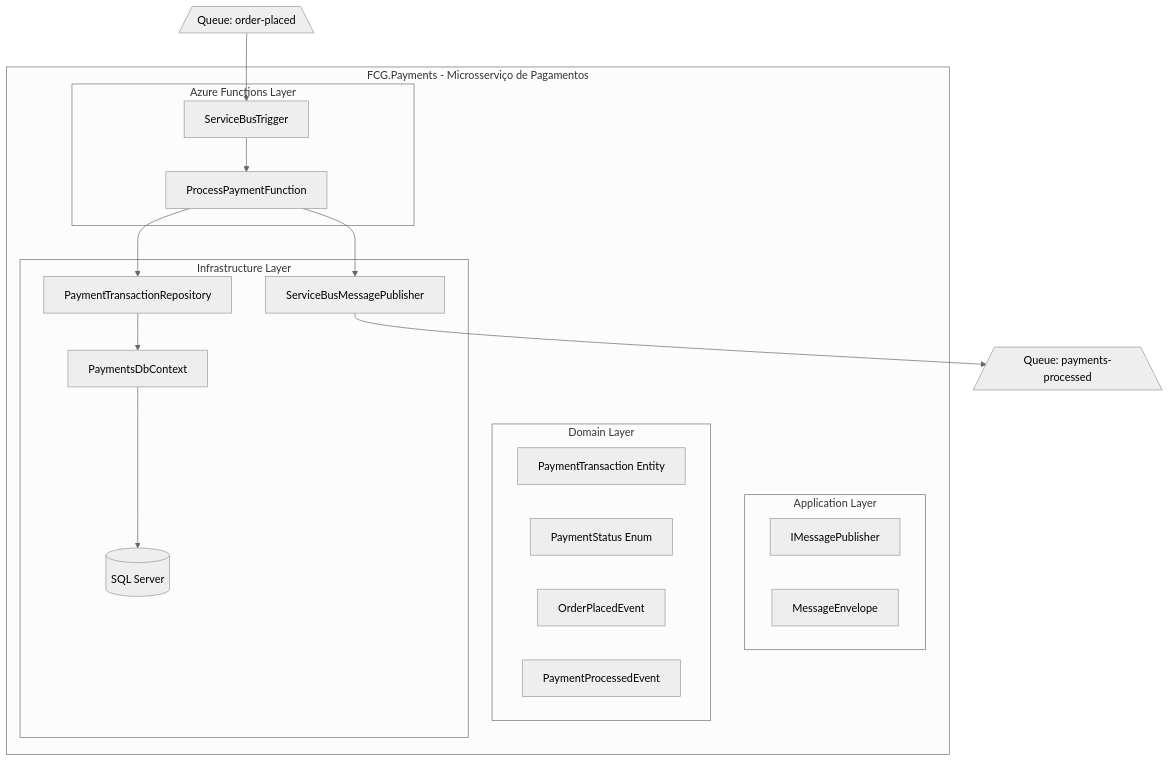
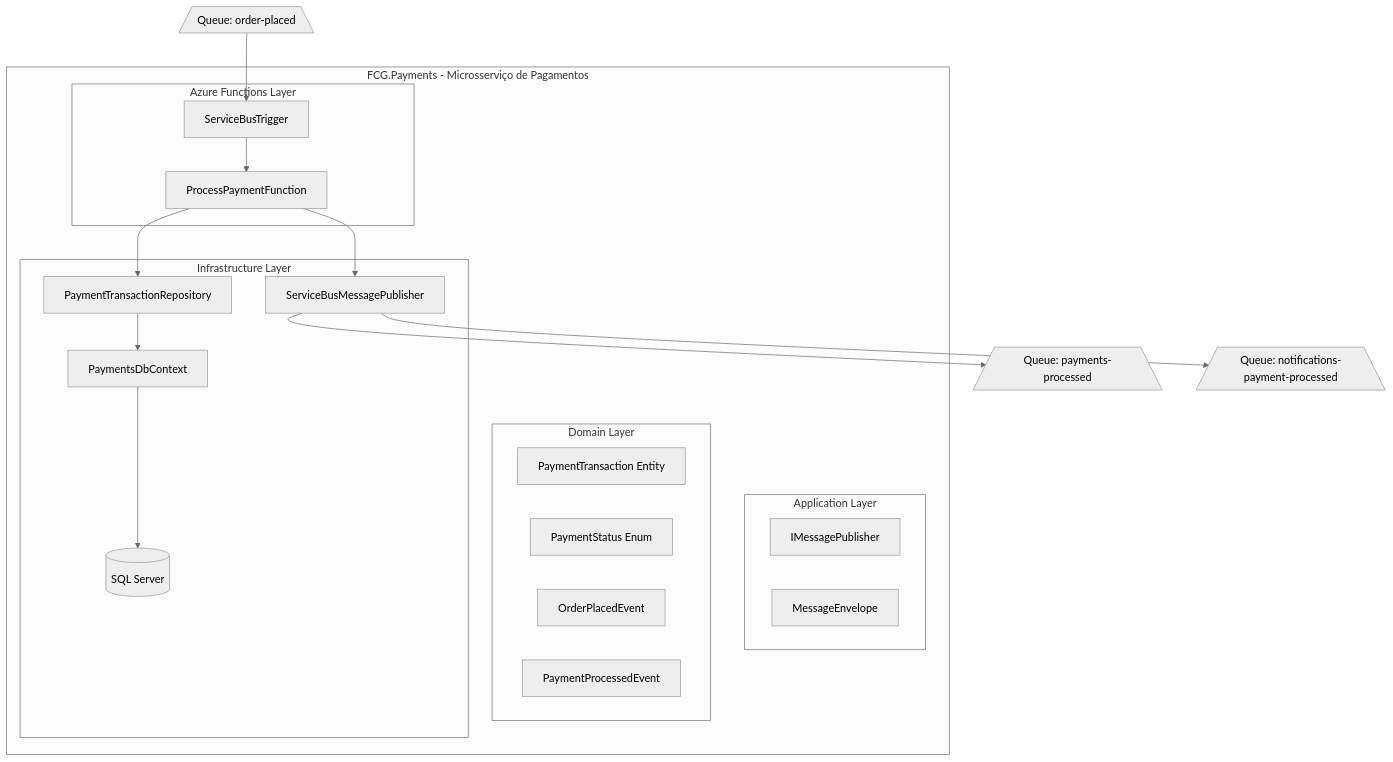
The third of 3 diagrams in README.md (Joao-Peu/FCG.Payments), drawn with Mermaid (neutral theme) before and after one commit. The commit also changed other lines of this file and 3 other files, not shown here.

````diff
--- a/README.md
+++ b/README.md
@@ -7,33 +59,34 @@
 ```mermaid
 graph TB
     subgraph "FCG.Payments - Microsserviço de Pagamentos"
         subgraph "Azure Functions Layer"
             PPF[ProcessPaymentFunction]
             TR[ServiceBusTrigger]
         end
 
         subgraph "Application Layer"
             MP[IMessagePublisher]
             ME[MessageEnvelope]
         end
 
         subgraph "Domain Layer"
             PT[PaymentTransaction Entity]
             PS[PaymentStatus Enum]
             OPE[OrderPlacedEvent]
             PPE[PaymentProcessedEvent]
         end
 
         subgraph "Infrastructure Layer"
             REPO[PaymentTransactionRepository]
             SBP[ServiceBusMessagePublisher]
             PDBC[PaymentsDbContext]
             DB[(SQL Server)]
         end
     end
 
     SBIn[/Queue: order-placed\] --> TR --> PPF
     PPF --> REPO & SBP
     REPO --> PDBC --> DB
-    SBP --> SBOut[/Queue: payments-processed\]
+    SBP --> SBOut1[/Queue: payments-processed\]
+    SBP --> SBOut2[/Queue: notifications-payment-processed\]
 ```
````
